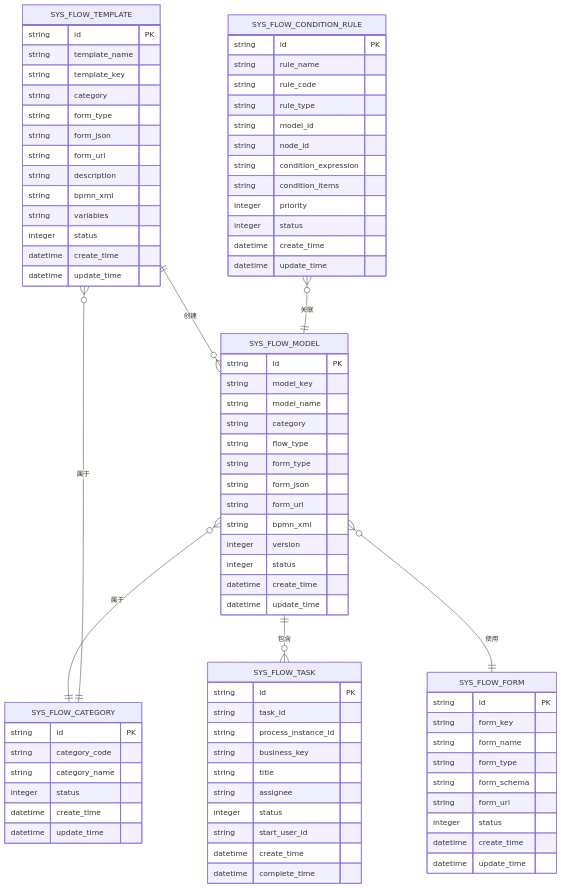
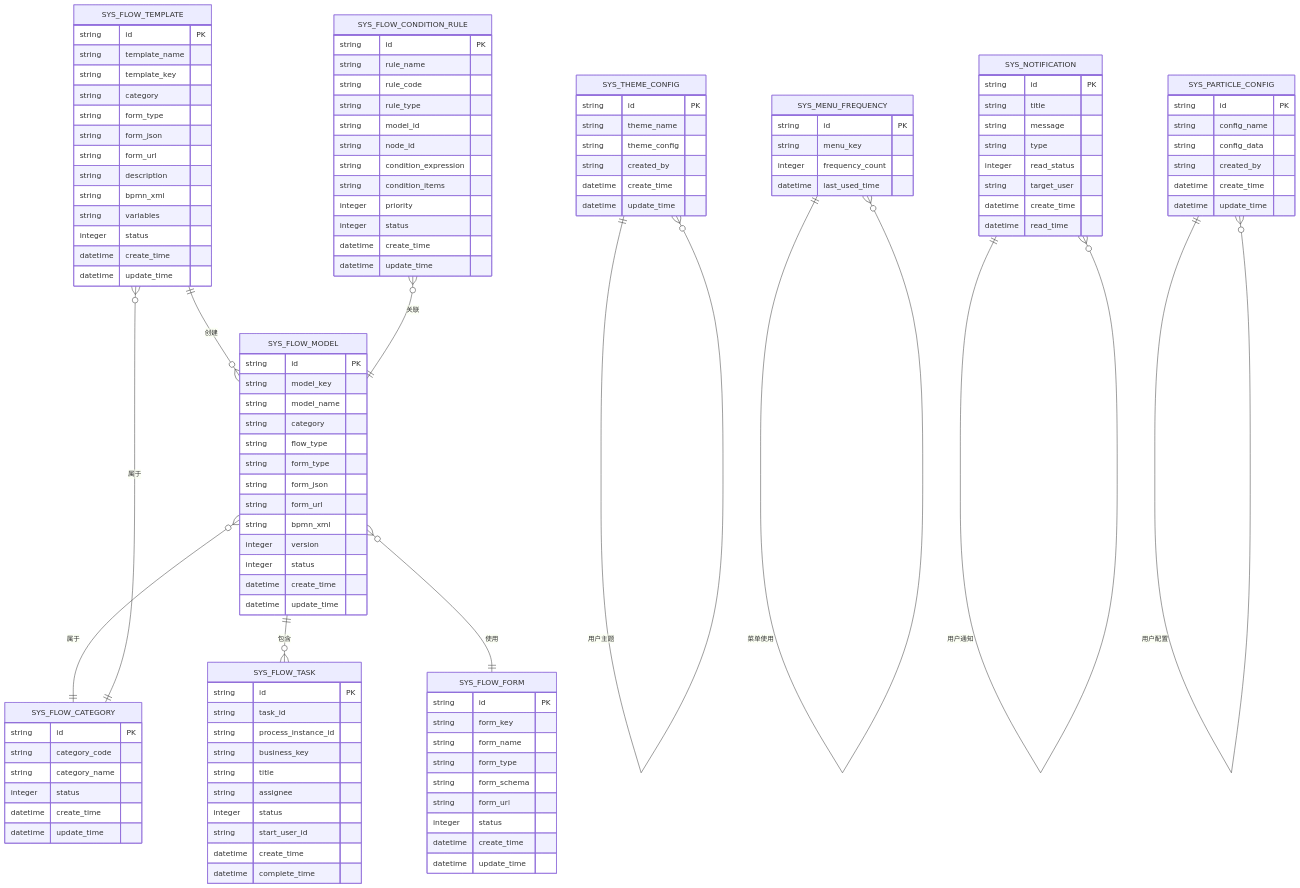
Before and after one commit to yaomindong1996/forge-admin: diagram 14 of 15 in .qoder/repowiki/zh/content/前端框架详解/前端工作流组件.md, drawn with Mermaid. The commit also changed other lines of this file and 57 other files, not shown here.

````diff
--- a/.qoder/repowiki/zh/content/前端框架详解/前端工作流组件.md
+++ b/.qoder/repowiki/zh/content/前端框架详解/前端工作流组件.md
@@ -751,10 +1111,46 @@
 datetime create_time
 datetime update_time
 }
+SYS_THEME_CONFIG {
+string id PK
+string theme_name
+string theme_config
+string created_by
+datetime create_time
+datetime update_time
+}
+SYS_MENU_FREQUENCY {
+string id PK
+string menu_key
+integer frequency_count
+datetime last_used_time
+}
+SYS_NOTIFICATION {
+string id PK
+string title
+string message
+string type
+integer read_status
+string target_user
+datetime create_time
+datetime read_time
+}
+SYS_PARTICLE_CONFIG {
+string id PK
+string config_name
+string config_data
+string created_by
+datetime create_time
+datetime update_time
+}
 SYS_FLOW_MODEL ||--o{ SYS_FLOW_TASK : "包含"
 SYS_FLOW_MODEL }o--|| SYS_FLOW_CATEGORY : "属于"
 SYS_FLOW_TEMPLATE }o--|| SYS_FLOW_CATEGORY : "属于"
 SYS_FLOW_TEMPLATE ||--o{ SYS_FLOW_MODEL : "创建"
 SYS_FLOW_CONDITION_RULE }o--|| SYS_FLOW_MODEL : "关联"
 SYS_FLOW_MODEL }o--|| SYS_FLOW_FORM : "使用"
+SYS_THEME_CONFIG ||--o{ SYS_THEME_CONFIG : "用户主题"
+SYS_MENU_FREQUENCY ||--o{ SYS_MENU_FREQUENCY : "菜单使用"
+SYS_NOTIFICATION ||--o{ SYS_NOTIFICATION : "用户通知"
+SYS_PARTICLE_CONFIG ||--o{ SYS_PARTICLE_CONFIG : "用户配置"
 ```
````
